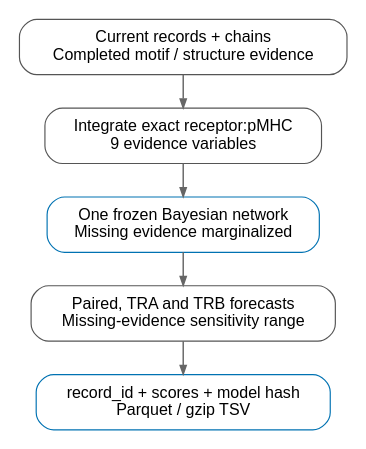
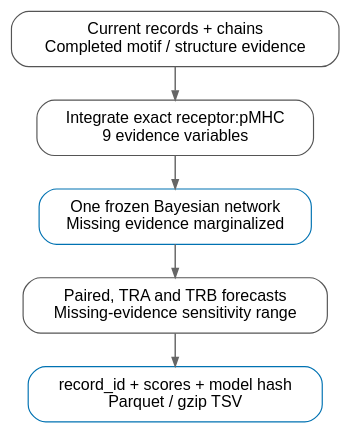
One commit to antigenomics/vdjdb-db changed the diagram in docs/_static/record-score-v3/workflow.dot. Above: the diagram before and after it, drawn with Graphviz. The commit also changed 24 other files, not shown here.

```diff
--- a/docs/_static/record-score-v3/workflow.dot
+++ b/docs/_static/record-score-v3/workflow.dot
@@ -1,12 +1,12 @@
 digraph scoring {
-  graph [rankdir=TB, bgcolor="white", pad=0.08, nodesep=0.22, ranksep=0.32];
+  graph [rankdir=TB, bgcolor="transparent", pad=0.08, nodesep=0.22, ranksep=0.32];
   node [shape=box, style=rounded, fontname="Helvetica", fontsize=11,
         color="#555555", penwidth=0.8, margin="0.12,0.10"];
   edge [color="#666666", arrowsize=0.6];
   tables [label="Current records + chains\nCompleted motif / structure evidence"];
   features [label="Integrate exact receptor:pMHC\n9 evidence variables"];
   model [label="One frozen Bayesian network\nMissing evidence marginalized", color="#0072B2"];
   scores [label="Paired, TRA and TRB forecasts\nMissing-evidence sensitivity range"];
   output [label="record_id + scores + model hash\nParquet / gzip TSV", color="#0072B2"];
   tables -> features -> model -> scores -> output;
 }
```
